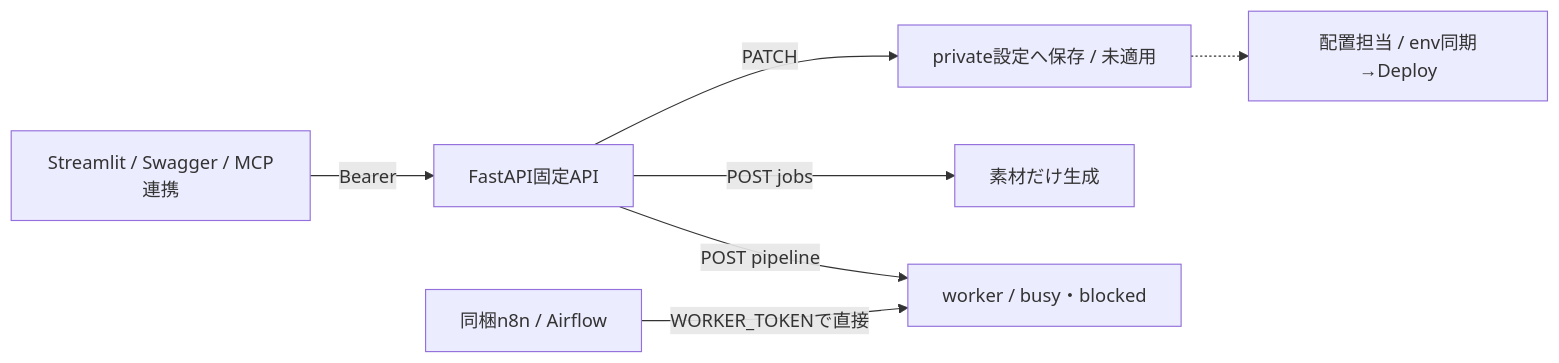
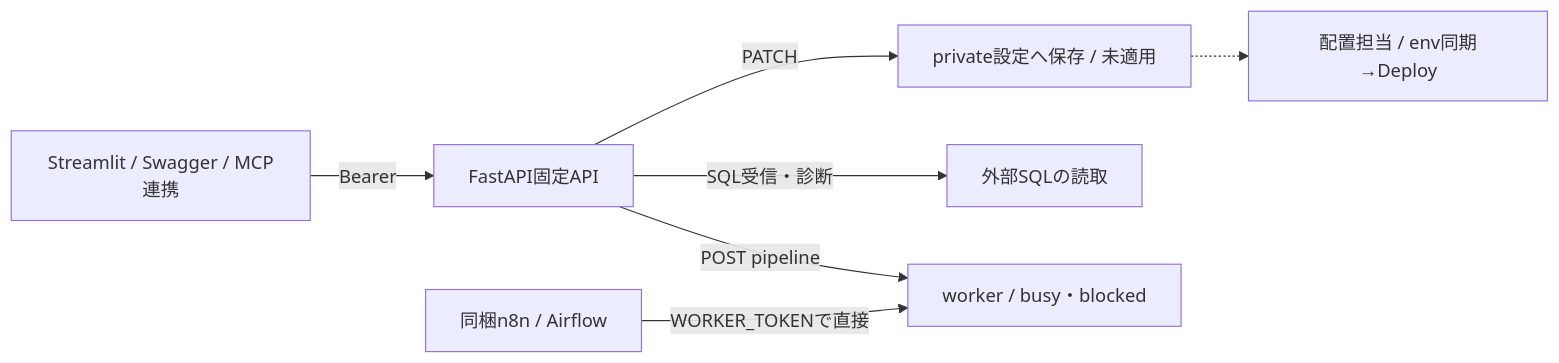
One commit to hiromura16/lakehouse-foundation changed the diagram in docs/reports/mermaid/05-control-api.mmd. Above: the diagram before and after it, drawn with Mermaid. The commit also changed 91 other files, not shown here.

```diff
--- a/docs/reports/mermaid/05-control-api.mmd
+++ b/docs/reports/mermaid/05-control-api.mmd
@@ -1,7 +1,7 @@
 flowchart LR
   Client["Streamlit / Swagger / MCP連携"] -->|Bearer| API["FastAPI固定API"]
   API -->|PATCH| Saved["private設定へ保存 / 未適用"]
-  API -->|POST jobs| Source["素材だけ生成"]
+  API -->|SQL受信・診断| Source["外部SQLの読取"]
   API -->|POST pipeline| Worker["worker / busy・blocked"]
   Native["同梱n8n / Airflow"] -->|WORKER_TOKENで直接| Worker
   Saved -.-> Admin["配置担当 / env同期→Deploy"]
```
